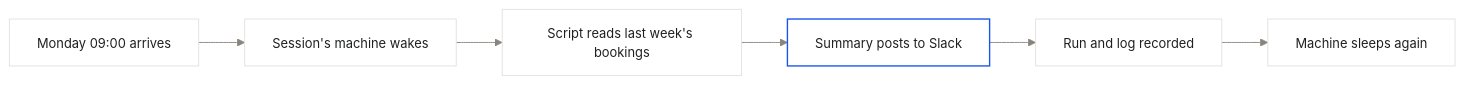
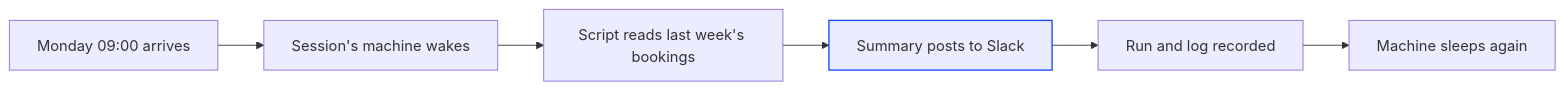
Before and after one commit to suyash-lyzr/alpha-documentation: the diagram in guides/weekly-summary.mdx, drawn with Mermaid. The commit also changed 22 other files, not shown here.

````diff
--- a/guides/weekly-summary.mdx
+++ b/guides/weekly-summary.mdx
@@ -108,11 +108,10 @@
 ```mermaid
-%%{init: {'theme':'base','themeVariables':{'fontFamily':'Geist, Inter, sans-serif','fontSize':'14px','primaryColor':'#FFFFFF','primaryTextColor':'#1F2022','primaryBorderColor':'#E3E1DE','lineColor':'#8A857C','secondaryColor':'#F1F0EE','tertiaryColor':'#FAFAF9'}}}%%
 flowchart LR
   A[Monday 09:00 arrives] --> B[Session's machine wakes]
   B --> C[Script reads last week's bookings]
   C --> D[Summary posts to Slack]
   D --> E[Run and log recorded]
   E --> F[Machine sleeps again]
   classDef focus stroke:#1A54F0,stroke-width:1.5px;
   class D focus;
 ```
````
